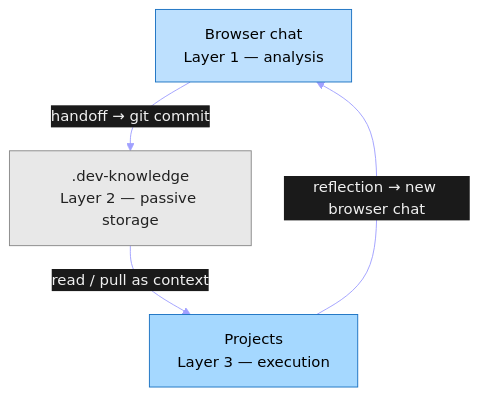
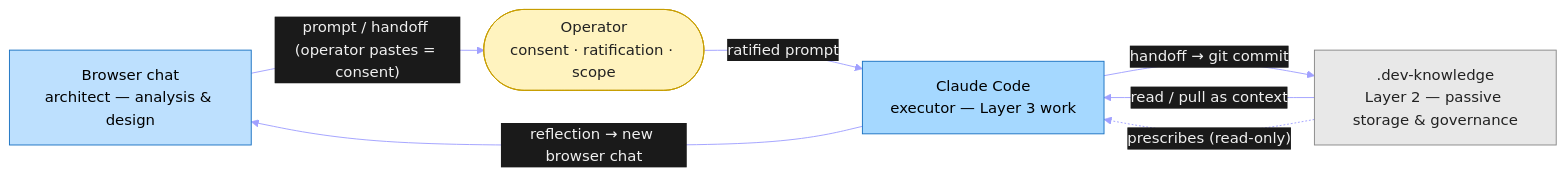
The second of 2 diagrams in ARCHITECTURE.md (rdwornik/dev-knowledge), drawn with Mermaid before and after one commit. The commit also changed other lines of this file, not shown here.

First line of the commit message:
docs(architecture): rewrite as six-chapter system map

````diff
--- a/ARCHITECTURE.md
+++ b/ARCHITECTURE.md
@@ -70,19 +96,25 @@
 ```mermaid
 %%{init: {'theme':'base', 'themeVariables': {'darkMode':true,'background':'#1a1a1a','primaryColor':'#2d2d3d','primaryTextColor':'#f0f0f0','primaryBorderColor':'#8a86ff','lineColor':'#a0a0ff','textColor':'#f0f0f0','mainBkg':'#2d2d3d','secondaryColor':'#3d2d3d','tertiaryColor':'#22323a','clusterBkg':'#222232','clusterBorder':'#555577','edgeLabelBackground':'#1a1a1a','titleColor':'#f0f0f0','nodeBorder':'#8a86ff'}}}%%
-flowchart TD
-    L1["Browser chat<br/>Layer 1 — analysis"]
-    L2[".dev-knowledge<br/>Layer 2 — passive storage"]
-    L3["Projects<br/>Layer 3 — execution"]
+flowchart LR
+    L1["Browser chat<br/>architect — analysis & design"]
+    OP(["Operator<br/>consent · ratification · scope"])
+    L3["Claude Code<br/>executor — Layer 3 work"]
+    L2[".dev-knowledge<br/>Layer 2 — passive storage & governance"]
 
-    L1 -->|handoff → git commit| L2
-    L2 -->|read / pull as context| L3
-    L3 -->|reflection → new browser chat| L1
+    L1 -->|"prompt / handoff (operator pastes = consent)"| OP
+    OP -->|"ratified prompt"| L3
+    L3 -->|"handoff → git commit"| L2
+    L2 -->|"read / pull as context"| L3
+    L2 -.->|"prescribes (read-only)"| L3
+    L3 -->|"reflection → new browser chat"| L1
 
     classDef analysis fill:#bde0fe,stroke:#1971c2,color:#000
     classDef storage fill:#e8e8e8,stroke:#888,color:#222
     classDef execution fill:#a5d8ff,stroke:#1971c2,color:#000
+    classDef gate fill:#fff3bf,stroke:#c79e00,color:#222
 
     class L1 analysis
     class L2 storage
     class L3 execution
+    class OP gate
 ```
````
